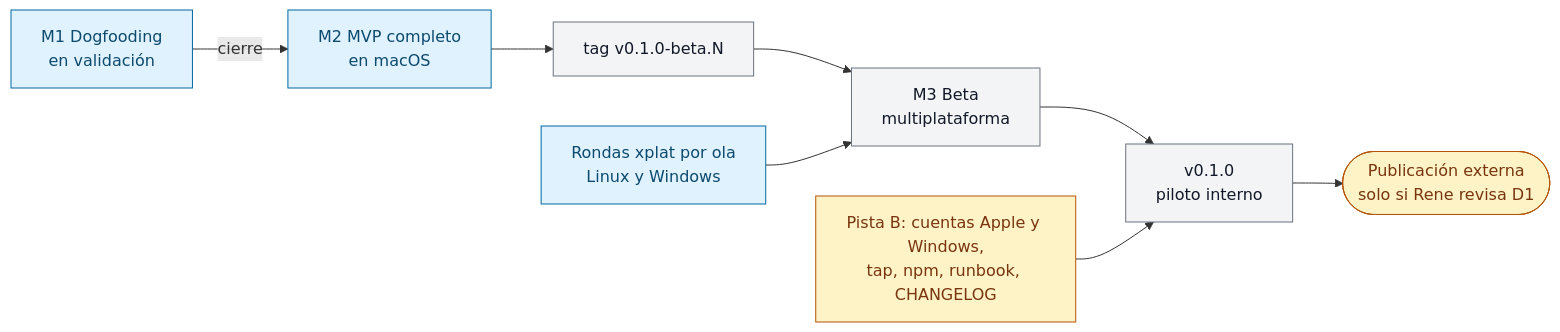
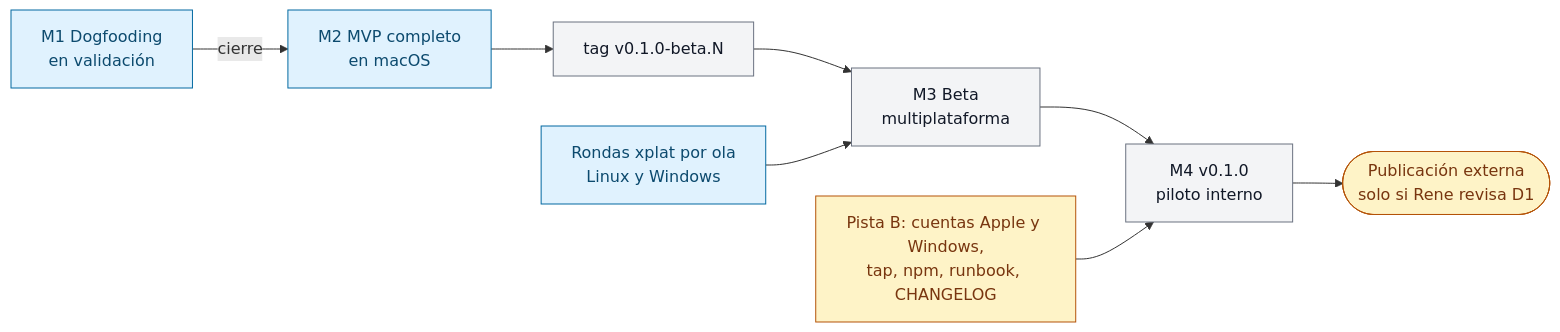
The diagram in docs/requirements/release-plan.md (rbonillajr/gitRaptor), drawn with Mermaid before and after one commit. The commit also changed other lines of this file and 1 other file, not shown here.

````diff
--- a/docs/requirements/release-plan.md
+++ b/docs/requirements/release-plan.md
@@ -31,20 +31,20 @@
 ```mermaid
 flowchart LR
   classDef now fill:#e0f2fe,stroke:#0369a1,color:#0c4a6e
   classDef next fill:#f3f4f6,stroke:#6b7280,color:#111827
   classDef human fill:#fef3c7,stroke:#b45309,color:#78350f
 
   M1["M1 Dogfooding<br/>en validación"]:::now
   M2["M2 MVP completo<br/>en macOS"]:::now
   BETA["tag v0.1.0-beta.N"]:::next
   M3["M3 Beta<br/>multiplataforma"]:::next
-  V01["v0.1.0<br/>piloto interno"]:::next
+  V01["M4 v0.1.0<br/>piloto interno"]:::next
   XP["Rondas xplat por ola<br/>Linux y Windows"]:::now
   B["Pista B: cuentas Apple y Windows,<br/>tap, npm, runbook, CHANGELOG"]:::human
   PUB(["Publicación externa<br/>solo si Rene revisa D1"]):::human
 
   M1 -->|cierre| M2
   M2 --> BETA --> M3 --> V01 --> PUB
   XP --> M3
   B --> V01
 ```
````
